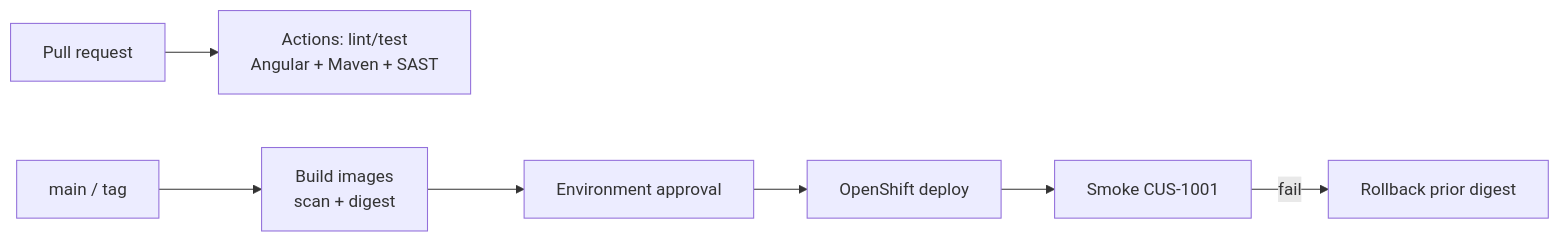
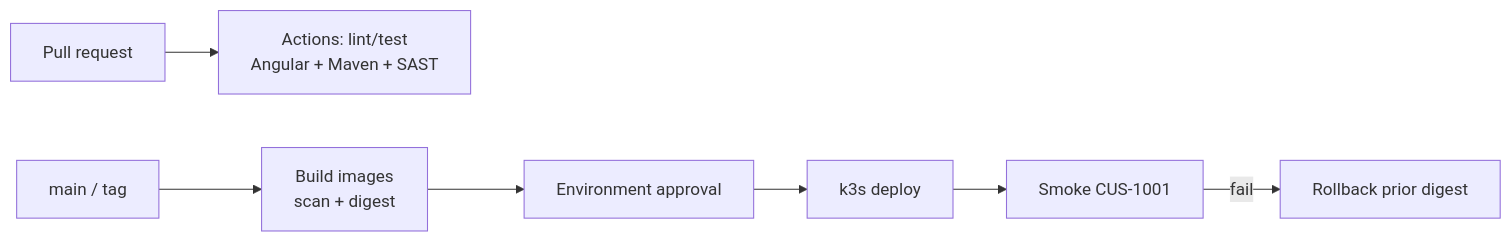
Before and after one commit to Innovation-In-Software/bc-sw-engineer-java-angular-participant: the diagram in labs/Week 6 - Capstone Project/module-51/lab51/LAB-51-GUIDE.md, drawn with Mermaid. The commit also changed other lines of this file and 103 other files, not shown here.

First line of the commit message:
Teach the shared k3s cluster instead of OpenShift.

````diff
--- a/labs/Week 6 - Capstone Project/module-51/lab51/LAB-51-GUIDE.md
+++ b/labs/Week 6 - Capstone Project/module-51/lab51/LAB-51-GUIDE.md
@@ -110,9 +110,9 @@
 ```mermaid
 flowchart LR
   PR["Pull request"] --> Gates["Actions: lint/test<br/>Angular + Maven + SAST"]
   Main["main / tag"] --> Build["Build images<br/>scan + digest"]
   Build --> Appr["Environment approval"]
-  Appr --> OS["OpenShift deploy"]
+  Appr --> OS["k3s deploy"]
   OS --> Smoke["Smoke CUS-1001"]
   Smoke -->|fail| RB["Rollback prior digest"]
 ```
````
